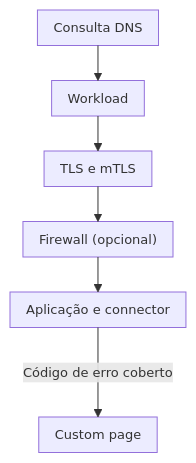
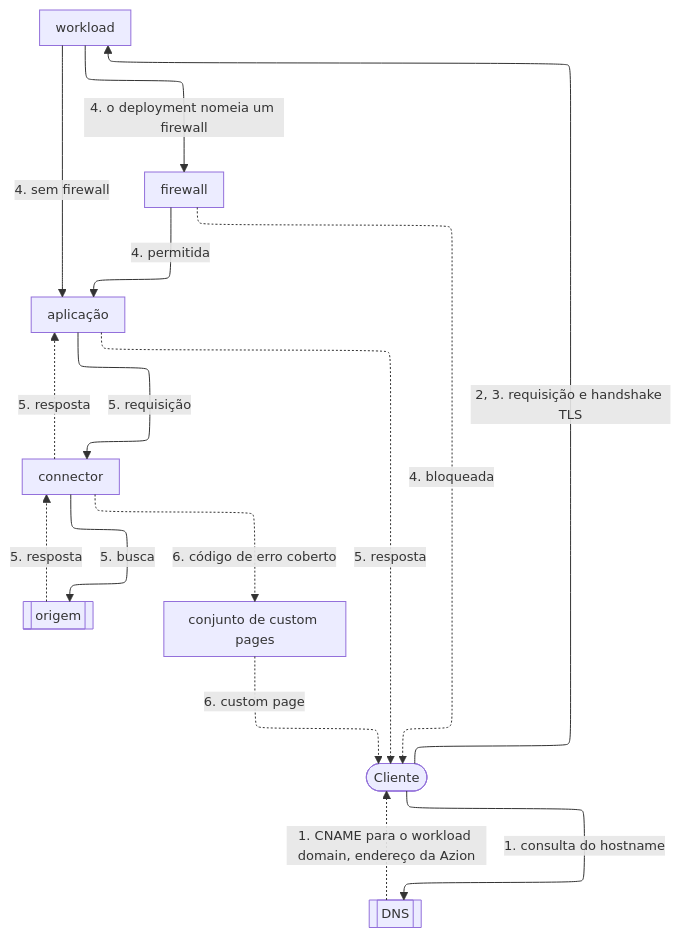
One commit to aziontech/docs changed the diagram in apps/docs/src/content/docs/pt-br/pages/menu-principal/referencia/secure/workloads/workloads.mdx. Above: the diagram before and after it, drawn with Mermaid. The commit also changed other lines of this file and 7 other files, not shown here.

````diff
--- a/apps/docs/src/content/docs/pt-br/pages/menu-principal/referencia/secure/workloads/workloads.mdx
+++ b/apps/docs/src/content/docs/pt-br/pages/menu-principal/referencia/secure/workloads/workloads.mdx
@@ -88,9 +90,26 @@
 ```mermaid
-%%{init: {"layout": "elk", "themeVariables": {"fontSize": "13px"}, "flowchart": {"nodeSpacing": 24, "rankSpacing": 36, "padding": 8, "wrappingWidth": 150, "useMaxWidth": true}, "sequence": {"width": 120, "actorMargin": 30, "useMaxWidth": true}}}%%
+%%{init: {"layout": "elk", "elk": {"preset": "modelOrder", "keepEntryNodeOnTop": true}, "themeVariables": {"fontSize": "13px"}, "flowchart": {"nodeSpacing": 24, "rankSpacing": 36, "padding": 8, "wrappingWidth": 150, "useMaxWidth": true}, "sequence": {"width": 120, "actorMargin": 30, "useMaxWidth": true}}}%%
 flowchart TD
-  DNS["Consulta DNS"] --> Host["Workload"]
-  Host --> TLS["TLS e mTLS"]
-  TLS --> FW["Firewall (opcional)"]
-  FW --> App["Aplicação e connector"]
-  App -->|"Código de erro coberto"| CP["Custom page"]
+  Client(["Cliente"])
+  DNS[["DNS"]]
+  WL["workload"]
+  FW["firewall"]
+  App["aplicação"]
+  Conn["connector"]
+  Origin[["origem"]]
+  CP["conjunto de custom pages"]
+  Client -->|"1. consulta do hostname"| DNS
+  DNS -.->|"1. CNAME para o workload domain, endereço da Azion"| Client
+  Client -->|"2, 3. requisição e handshake TLS"| WL
+  WL -->|"4. o deployment nomeia um firewall"| FW
+  WL -->|"4. sem firewall"| App
+  FW -->|"4. permitida"| App
+  FW -.->|"4. bloqueada"| Client
+  App -->|"5. requisição"| Conn
+  Conn -->|"5. busca"| Origin
+  Origin -.->|"5. resposta"| Conn
+  Conn -.->|"5. resposta"| App
+  App -.->|"5. resposta"| Client
+  Conn -.->|"6. código de erro coberto"| CP
+  CP -.->|"6. custom page"| Client
 ```
````
